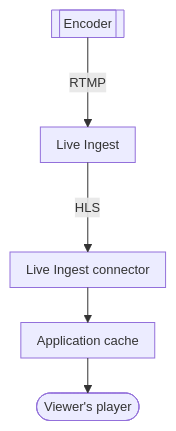
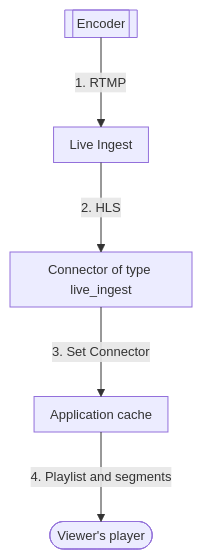
The diagram in apps/docs/src/content/docs/en/pages/secure/live-ingest/ingestion-and-delivery.mdx (aziontech/docs), drawn with Mermaid before and after one commit. The commit also changed other lines of this file and 19 other files, not shown here.

````diff
--- a/apps/docs/src/content/docs/en/pages/secure/live-ingest/ingestion-and-delivery.mdx
+++ b/apps/docs/src/content/docs/en/pages/secure/live-ingest/ingestion-and-delivery.mdx
@@ -58,8 +60,8 @@
 ```mermaid
 %%{init: {"layout": "elk", "themeVariables": {"fontSize": "13px"}, "flowchart": {"nodeSpacing": 24, "rankSpacing": 36, "padding": 8, "wrappingWidth": 150, "useMaxWidth": true}, "sequence": {"width": 120, "actorMargin": 30, "useMaxWidth": true}}}%%
 flowchart TD
-  Enc[["Encoder"]] -->|"RTMP"| LI["Live Ingest"]
-  LI -->|"HLS"| Conn["Live Ingest connector"]
-  Conn --> App["Application cache"]
-  App --> Player(["Viewer's player"])
+  Enc[["Encoder"]] -->|"1. RTMP"| LI["Live Ingest"]
+  LI -->|"2. HLS"| Conn["Connector of type live_ingest"]
+  Conn -->|"3. Set Connector"| App["Application cache"]
+  App -->|"4. Playlist and segments"| Player(["Viewer's player"])
 ```
````
